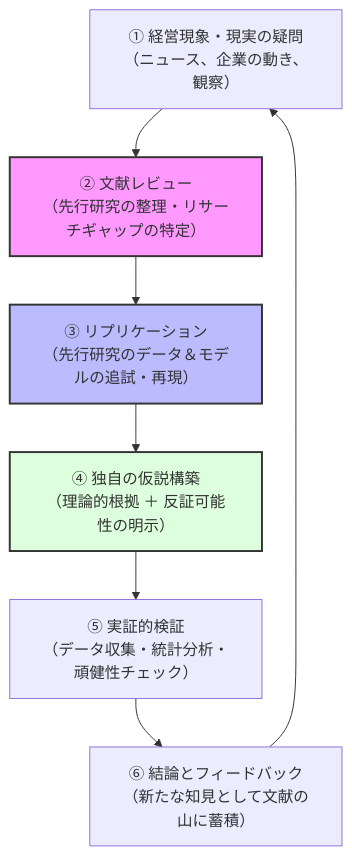
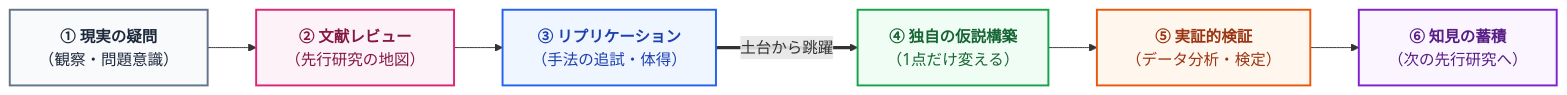
One commit to ma2ura/presemi_2026 changed the diagram in Presemi_2026_02.qmd. Above: the diagram before and after it, drawn with Mermaid. The commit also changed other lines of this file and 4 other files, not shown here.

````diff
--- a/Presemi_2026_02.qmd
+++ b/Presemi_2026_02.qmd
@@ -432,14 +403,16 @@
 ```{mermaid}
 %%| echo: false
-flowchart TD
-    A["① 経営現象・現実の疑問<br>（ニュース、企業の動き、観察）"] --> B["② 文献レビュー<br>（先行研究の整理・リサーチギャップの特定）"]
-    B --> C["③ リプリケーション<br>（先行研究のデータ＆モデルの追試・再現）"]
-    C --> D["④ 独自の仮説構築<br>（理論的根拠 ＋ 反証可能性の明示）"]
-    D --> E["⑤ 実証的検証<br>（データ収集・統計分析・頑健性チェック）"]
-    E --> F["⑥ 結論とフィードバック<br>（新たな知見として文献の山に蓄積）"]
-    F --> A
-    
-    style B fill:#f9f,stroke:#333,stroke-width:2px
-    style C fill:#bbf,stroke:#333,stroke-width:2px
-    style D fill:#dfd,stroke:#333,stroke-width:2px
+flowchart LR
+    A["<b>① 現実の疑問</b><br>（観察・問題意識）"] --> B["<b>② 文献レビュー</b><br>（先行研究の地図）"]
+    B --> C["<b>③ リプリケーション</b><br>（手法の追試・体得）"]
+    C ==>|土台から跳躍| D["<b>④ 独自の仮説構築</b><br>（1点だけ変える）"]
+    D --> E["<b>⑤ 実証的検証</b><br>（データ分析・検定）"]
+    E --> F["<b>⑥ 知見の蓄積</b><br>（次の先行研究へ）"]
+
+    style A fill:#f8fafc,stroke:#64748b,stroke-width:2px,color:#1e293b
+    style B fill:#fdf2f8,stroke:#db2777,stroke-width:2px,color:#831843
+    style C fill:#eff6ff,stroke:#2563eb,stroke-width:2px,color:#1e40af
+    style D fill:#f0fdf4,stroke:#16a34a,stroke-width:2px,color:#166534
+    style E fill:#fff7ed,stroke:#ea580c,stroke-width:2px,color:#9a3412
+    style F fill:#faf5ff,stroke:#7e22ce,stroke-width:2px,color:#581c87
 ```
````
